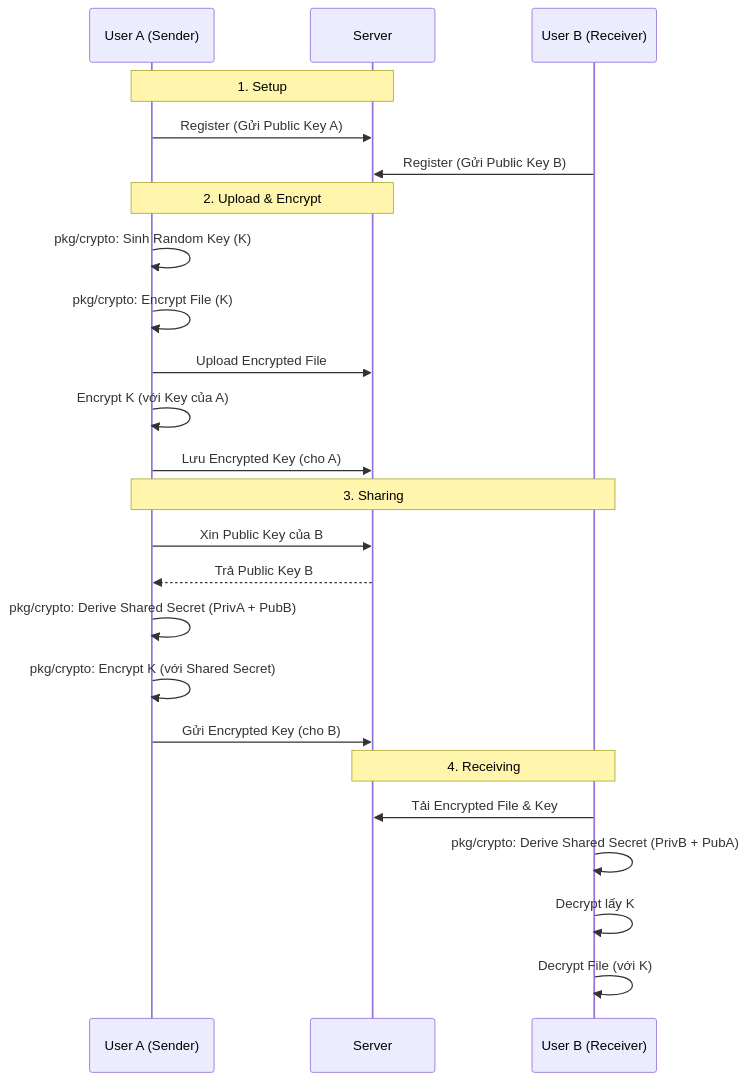
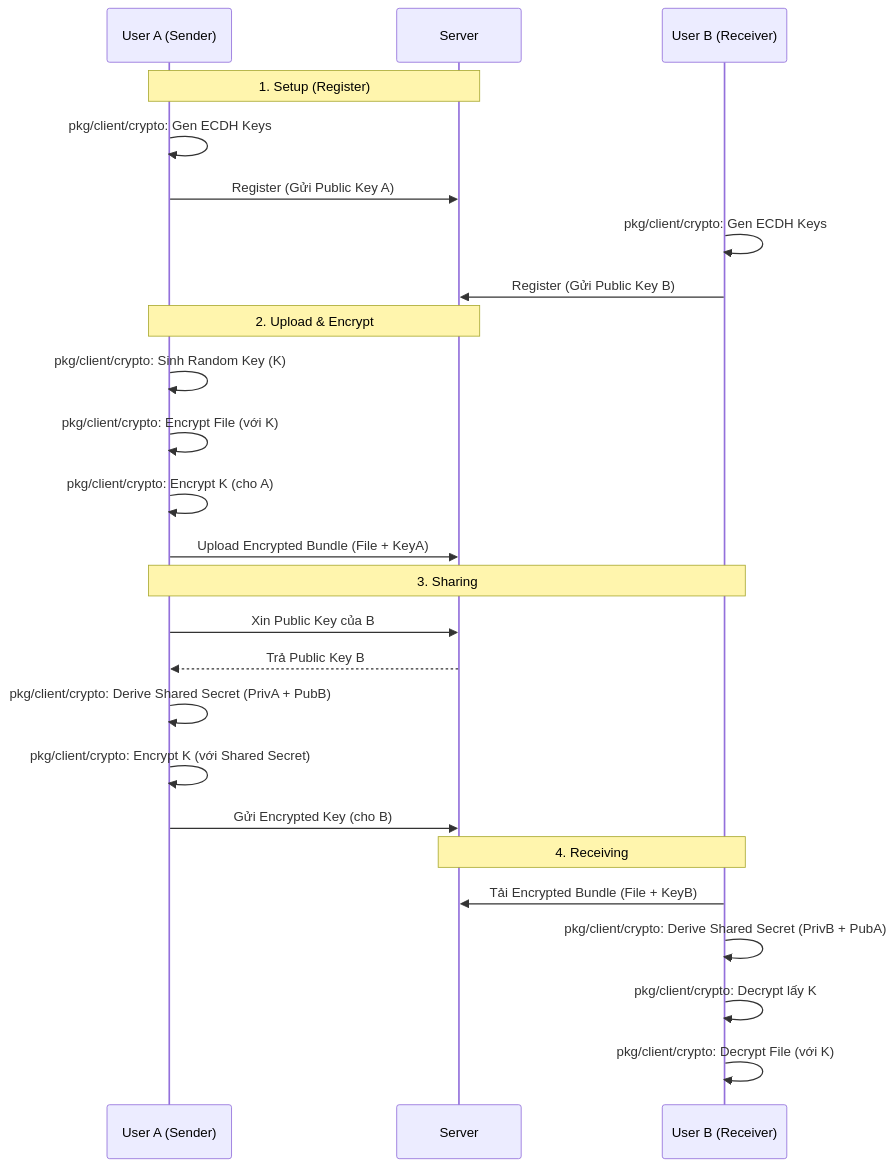
One commit to nguyenhoclaptrinh/MHMMlab02 changed the second of 2 diagrams in README.md. Above: the diagram before and after it, drawn with Mermaid. The commit also changed other lines of this file and 2 other files, not shown here.

````diff
--- a/README.md
+++ b/README.md
@@ -69,30 +101,31 @@
 ```mermaid
 sequenceDiagram
     participant A as User A (Sender)
     participant S as Server
     participant B as User B (Receiver)
 
-    Note over A, S: 1. Setup
+    Note over A, S: 1. Setup (Register)
+    A->>A: pkg/client/crypto: Gen ECDH Keys
     A->>S: Register (Gửi Public Key A)
+    B->>B: pkg/client/crypto: Gen ECDH Keys
     B->>S: Register (Gửi Public Key B)
 
     Note over A, S: 2. Upload & Encrypt
-    A->>A: pkg/crypto: Sinh Random Key (K)
-    A->>A: pkg/crypto: Encrypt File (K)
-    A->>S: Upload Encrypted File
-    A->>A: Encrypt K (với Key của A)
-    A->>S: Lưu Encrypted Key (cho A)
+    A->>A: pkg/client/crypto: Sinh Random Key (K)
+    A->>A: pkg/client/crypto: Encrypt File (với K)
+    A->>A: pkg/client/crypto: Encrypt K (cho A)
+    A->>S: Upload Encrypted Bundle (File + KeyA)
 
     Note over A, B: 3. Sharing
     A->>S: Xin Public Key của B
     S-->>A: Trả Public Key B
-    A->>A: pkg/crypto: Derive Shared Secret (PrivA + PubB)
-    A->>A: pkg/crypto: Encrypt K (với Shared Secret)
+    A->>A: pkg/client/crypto: Derive Shared Secret (PrivA + PubB)
+    A->>A: pkg/client/crypto: Encrypt K (với Shared Secret)
     A->>S: Gửi Encrypted Key (cho B)
 
     Note over B, S: 4. Receiving
-    B->>S: Tải Encrypted File & Key
-    B->>B: pkg/crypto: Derive Shared Secret (PrivB + PubA)
-    B->>B: Decrypt lấy K
-    B->>B: Decrypt File (với K)
+    B->>S: Tải Encrypted Bundle (File + KeyB)
+    B->>B: pkg/client/crypto: Derive Shared Secret (PrivB + PubA)
+    B->>B: pkg/client/crypto: Decrypt lấy K
+    B->>B: pkg/client/crypto: Decrypt File (với K)
 ```
````
